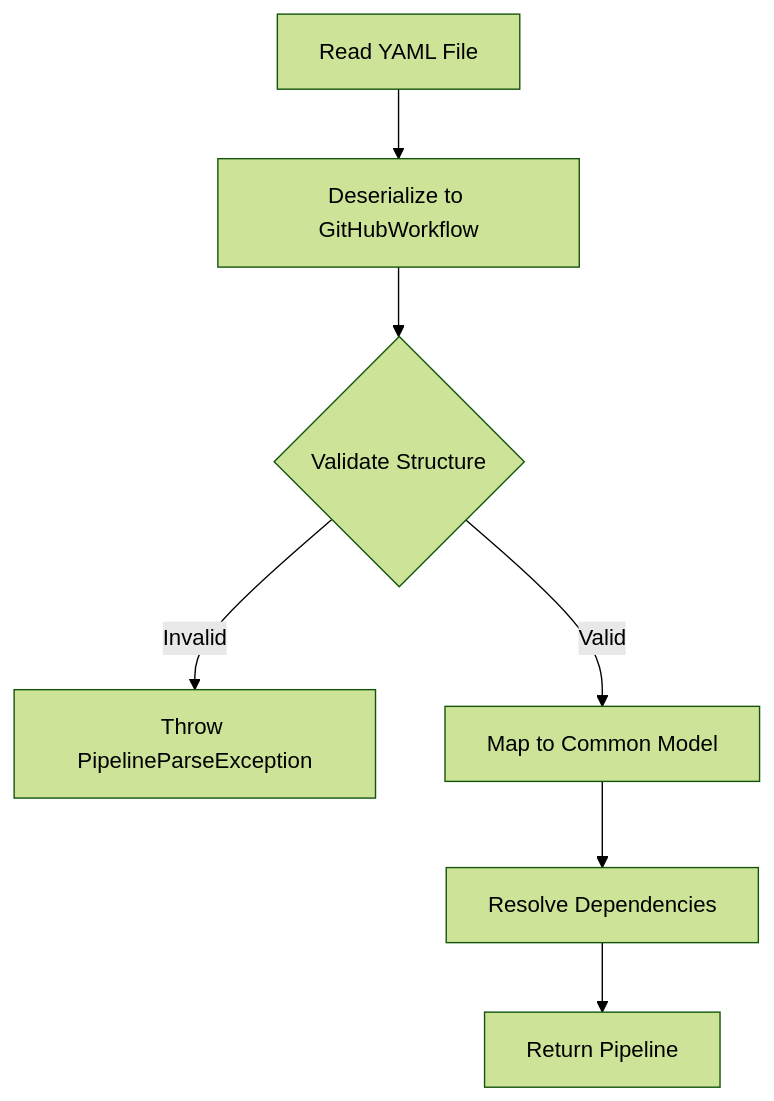
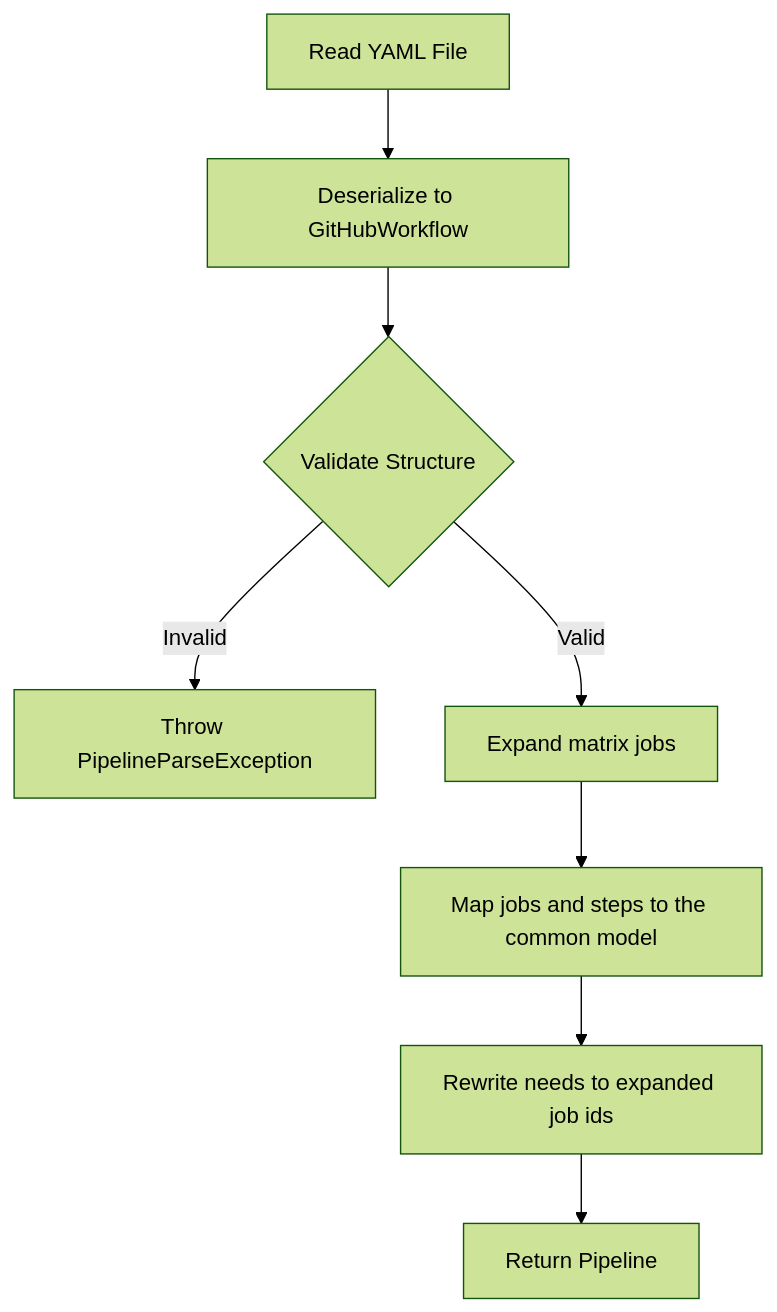
Before and after one commit to AdamWyatt34/PDK: the second of 3 diagrams in docs/developers/architecture/parsers.md, drawn with Mermaid (forest theme). The commit also changed other lines of this file and 13 other files, not shown here.

````diff
--- a/docs/developers/architecture/parsers.md
+++ b/docs/developers/architecture/parsers.md
@@ -110,9 +109,10 @@
 ```mermaid
 flowchart TD
     A[Read YAML File] --> B[Deserialize to GitHubWorkflow]
     B --> C{Validate Structure}
     C -->|Invalid| D[Throw PipelineParseException]
-    C -->|Valid| E[Map to Common Model]
-    E --> F[Resolve Dependencies]
-    F --> G[Return Pipeline]
+    C -->|Valid| E[Expand matrix jobs]
+    E --> F[Map jobs and steps to the common model]
+    F --> G[Rewrite needs to expanded job ids]
+    G --> H[Return Pipeline]
 ```
````
